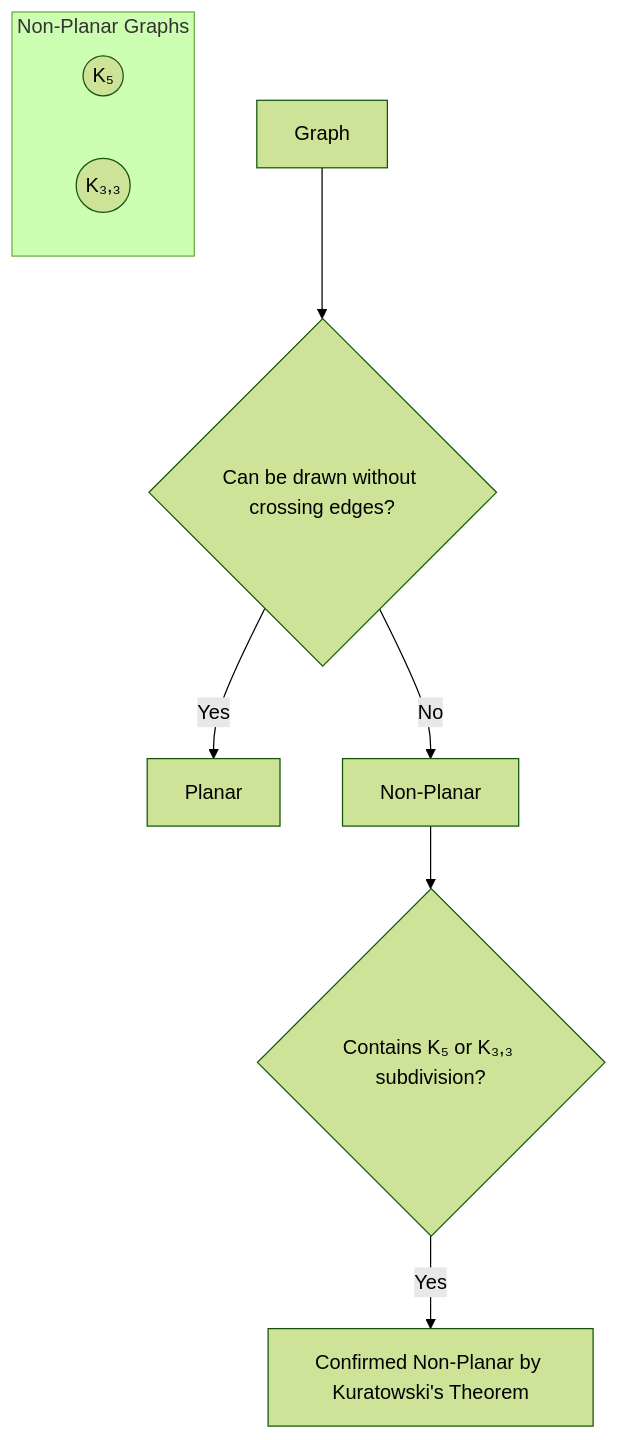
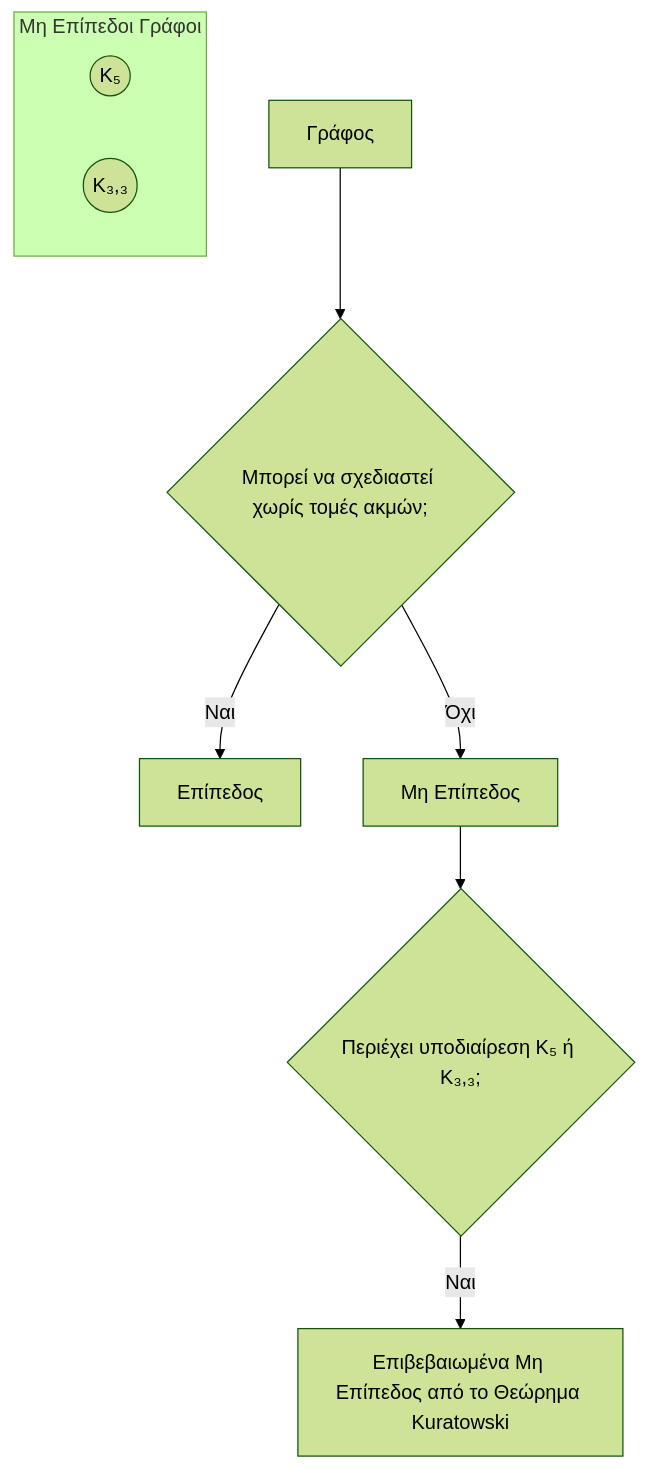
The sixth of 7 diagrams in Year_1/Semester_2/DISCRETE_MATHEMATICS/Resources/Notes/6_Graph Theory.md (PanagopoulosNikolaos/DitOpenNotes), drawn with Mermaid (forest theme) before and after one commit. The commit also changed other lines of this file and 8 other files, not shown here.

````diff
--- a/Year_1/Semester_2/DISCRETE_MATHEMATICS/Resources/Notes/6_Graph Theory.md
+++ b/Year_1/Semester_2/DISCRETE_MATHEMATICS/Resources/Notes/6_Graph Theory.md
@@ -136,12 +136,12 @@
 ```mermaid
 graph TD
-    subgraph Non-Planar Graphs
+    subgraph Μη Επίπεδοι Γράφοι
         K5((K₅))
         K33((K₃,₃))
     end
-    A[Graph] --> B{Can be drawn without crossing edges?}
-    B -->|Yes| C[Planar]
-    B -->|No| D[Non-Planar]
-    D --> E{Contains K₅ or K₃,₃ subdivision?}
-    E -->|Yes| F[Confirmed Non-Planar by Kuratowski's Theorem]
+    A[Γράφος] --> B{Μπορεί να σχεδιαστεί χωρίς τομές ακμών;}
+    B -->|Ναι| C[Επίπεδος]
+    B -->|Όχι| D[Μη Επίπεδος]
+    D --> E{Περιέχει υποδιαίρεση K₅ ή K₃,₃;}
+    E -->|Ναι| F[Επιβεβαιωμένα Μη Επίπεδος από το Θεώρημα Kuratowski]
 ```
````
